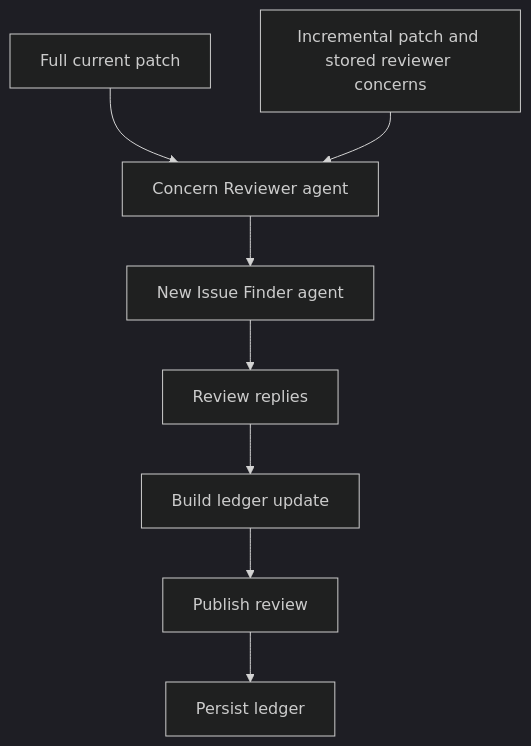
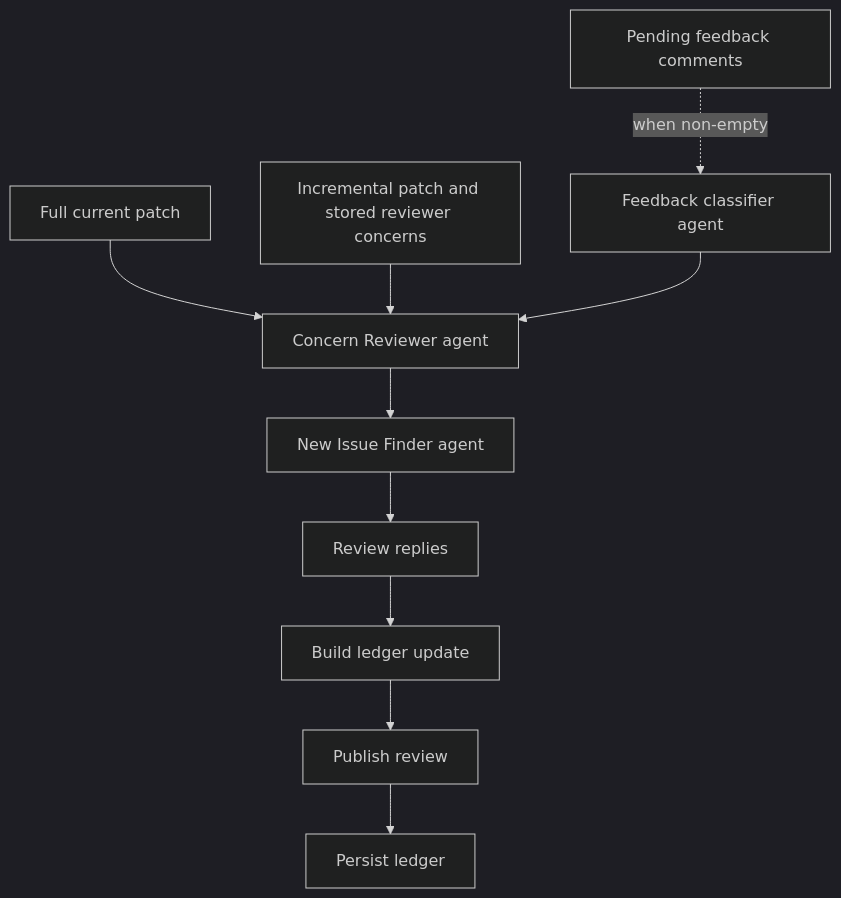
The sixth of 8 diagrams in docs/agent-architecture.md (amarula/reviewai-gerrit-plugin), drawn with Mermaid (dark theme) before and after one commit. The commit also changed other lines of this file, not shown here.

````diff
--- a/docs/agent-architecture.md
+++ b/docs/agent-architecture.md
@@ -329,10 +390,12 @@
 ```mermaid
 flowchart TD
+    R[Pending feedback comments] -. when non-empty .-> X[Feedback classifier agent]
     A[Full current patch] --> C[Concern Reviewer agent]
     B[Incremental patch and stored reviewer concerns] --> C
+    X --> C
     C --> D[New Issue Finder agent]
     D --> F[Review replies]
     F --> G[Build ledger update]
     G --> H[Publish review]
     H --> I[Persist ledger]
 ```
````
